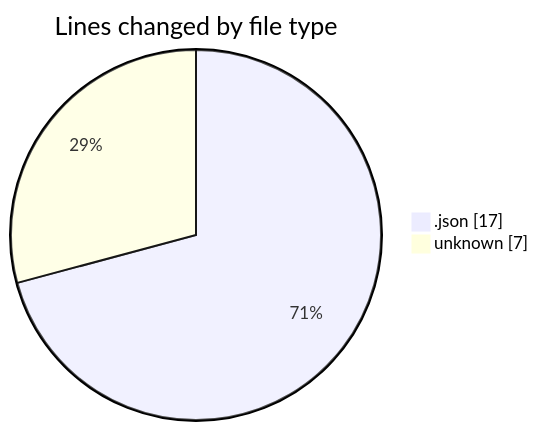
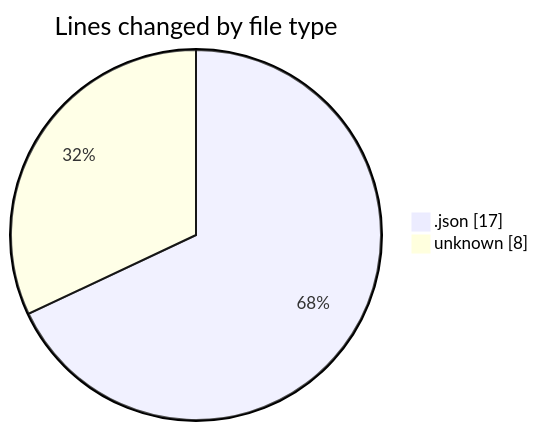
The first of 2 diagrams in 2025-05-02/niten/README.md (Elitesun/code-tracking), drawn with Mermaid before and after one commit. The commit also changed other lines of this file and 1 other file, not shown here.

````diff
--- a/2025-05-02/niten/README.md
+++ b/2025-05-02/niten/README.md
@@ -21,6 +21,6 @@
 ```mermaid
 pie showData
 title Lines changed by file type
 ".json" : 17
-"unknown" : 7
+"unknown" : 8
 ```
````
